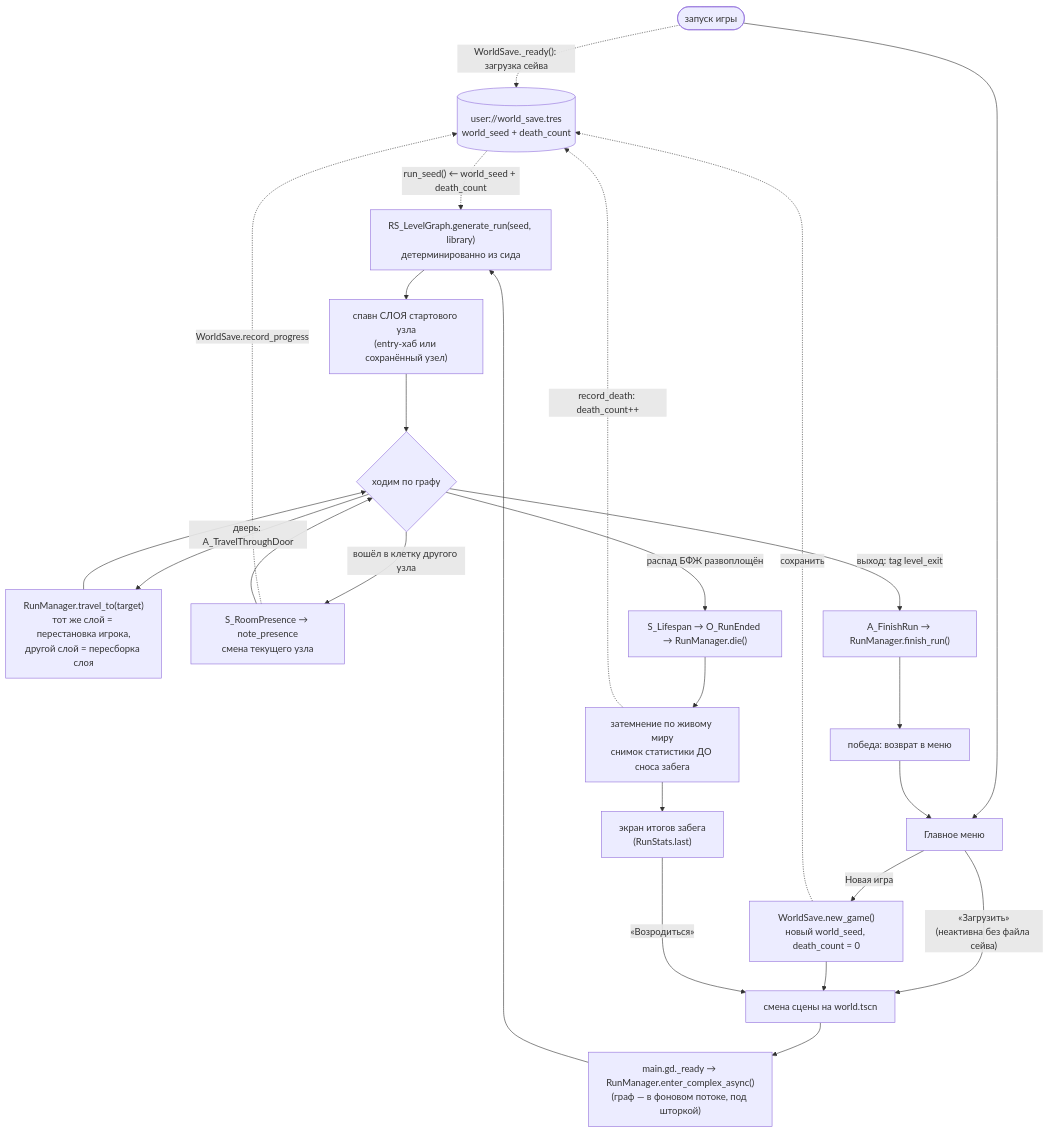
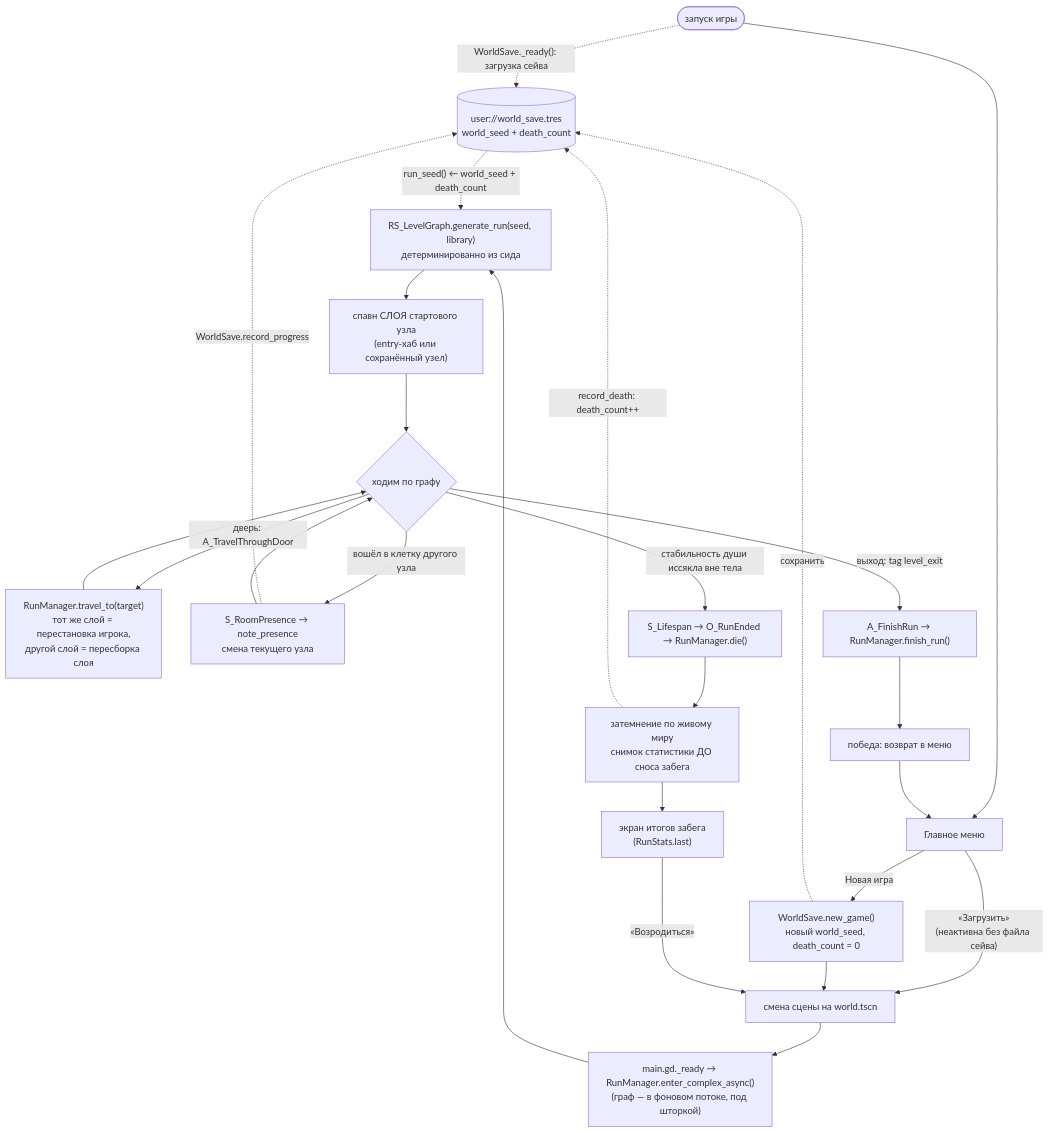
One commit to Manshooo/astral-genesis changed the diagram in docs/astral-genesis/how-to/Цикл забега.md. Above: the diagram before and after it, drawn with Mermaid. The commit also changed other lines of this file and 19 other files, not shown here.

First line of the commit message:
Терминология: распад души → стабильность души

````diff
--- a/docs/astral-genesis/how-to/Цикл забега.md
+++ b/docs/astral-genesis/how-to/Цикл забега.md
@@ -8,34 +8,34 @@
 ```mermaid
 flowchart TD
     save[("user://world_save.tres<br/>world_seed + death_count")]
 
     boot(["запуск игры"]) --> menu["Главное меню"]
     boot -.->|"WorldSave._ready(): загрузка сейва"| save
 
     menu -->|"Новая игра"| newgame["WorldSave.new_game()<br/>новый world_seed, death_count = 0"]
     newgame -.->|"сохранить"| save
     menu -->|"«Загрузить»<br/>(неактивна без файла сейва)"| scene
 
     newgame --> scene["смена сцены на world.tscn"]
     scene --> ready["main.gd._ready → RunManager.enter_complex_async()<br/>(граф — в фоновом потоке, под шторкой)"]
     save -.->|"run_seed() ← world_seed + death_count"| gen
     ready --> gen["RS_LevelGraph.generate_run(seed, library)<br/>детерминированно из сида"]
     gen --> spawn["спавн СЛОЯ стартового узла<br/>(entry-хаб или сохранённый узел)"]
     spawn --> loop{"ходим по графу"}
 
     loop -->|"дверь: A_TravelThroughDoor"| travel["RunManager.travel_to(target)<br/>тот же слой = перестановка игрока,<br/>другой слой = пересборка слоя"]
     travel --> loop
     loop -->|"вошёл в клетку другого узла"| presence["S_RoomPresence → note_presence<br/>смена текущего узла"]
     presence -.->|"WorldSave.record_progress"| save
     presence --> loop
 
     loop -->|"выход: tag level_exit"| finish["A_FinishRun → RunManager.finish_run()"]
     finish --> win["победа: возврат в меню"]
     win --> menu
 
-    loop -->|"распад БФЖ развоплощён"| death["S_Lifespan → O_RunEnded → RunManager.die()"]
+    loop -->|"стабильность души иссякла вне тела"| death["S_Lifespan → O_RunEnded → RunManager.die()"]
     death --> fade["затемнение по живому миру<br/>снимок статистики ДО сноса забега"]
     fade -.->|"record_death: death_count++"| save
     fade --> summary["экран итогов забега<br/>(RunStats.last)"]
     summary -->|"«Возродиться»"| scene
 ```
````
